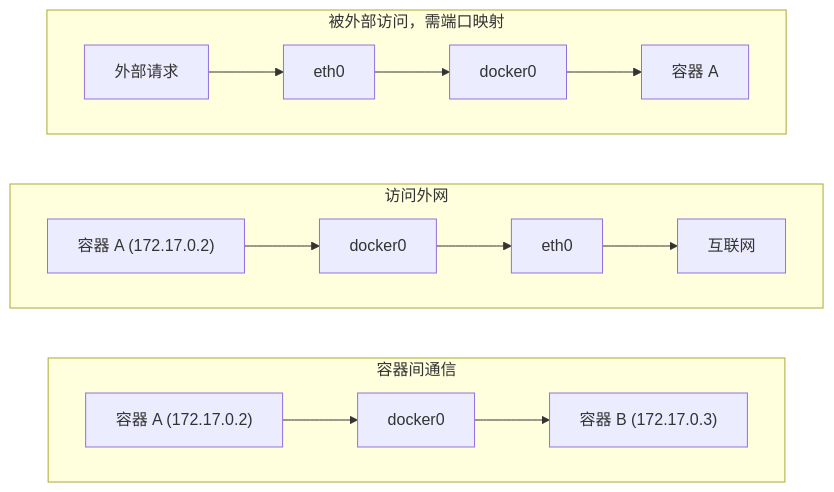
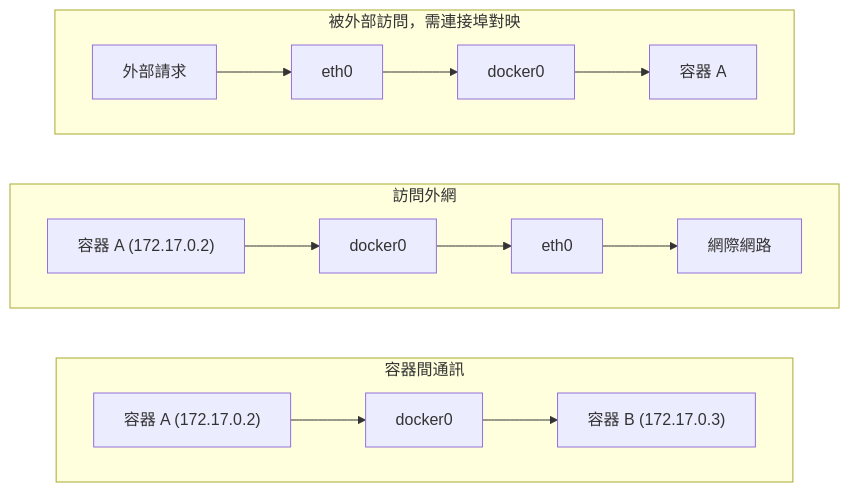
One commit to doggy8088/docker_practice changed the diagram in 09_network/9.2_network_types.md. Above: the diagram before and after it, drawn with Mermaid. The commit also changed other lines of this file and 211 other files, not shown here.

````diff
--- a/09_network/9.2_network_types.md
+++ b/09_network/9.2_network_types.md
@@ -61,17 +61,17 @@
 ```mermaid
 flowchart LR
-    subgraph Comm1 ["容器间通信"]
+    subgraph Comm1 ["容器間通訊"]
         direction LR
         C1A["容器 A (172.17.0.2)"] --> D0A["docker0"] --> C1B["容器 B (172.17.0.3)"]
     end
 
-    subgraph Comm2 ["访问外网"]
+    subgraph Comm2 ["訪問外網"]
         direction LR
-        C2A["容器 A (172.17.0.2)"] --> D0B["docker0"] --> Eth0A["eth0"] --> InternetA["互联网"]
+        C2A["容器 A (172.17.0.2)"] --> D0B["docker0"] --> Eth0A["eth0"] --> InternetA["網際網路"]
     end
 
-    subgraph Comm3 ["被外部访问，需端口映射"]
+    subgraph Comm3 ["被外部訪問，需連接埠對映"]
         direction LR
-        Req["外部请求"] --> Eth0B["eth0"] --> D0C["docker0"] --> C3A["容器 A"]
+        Req["外部請求"] --> Eth0B["eth0"] --> D0C["docker0"] --> C3A["容器 A"]
     end
 ```
````
